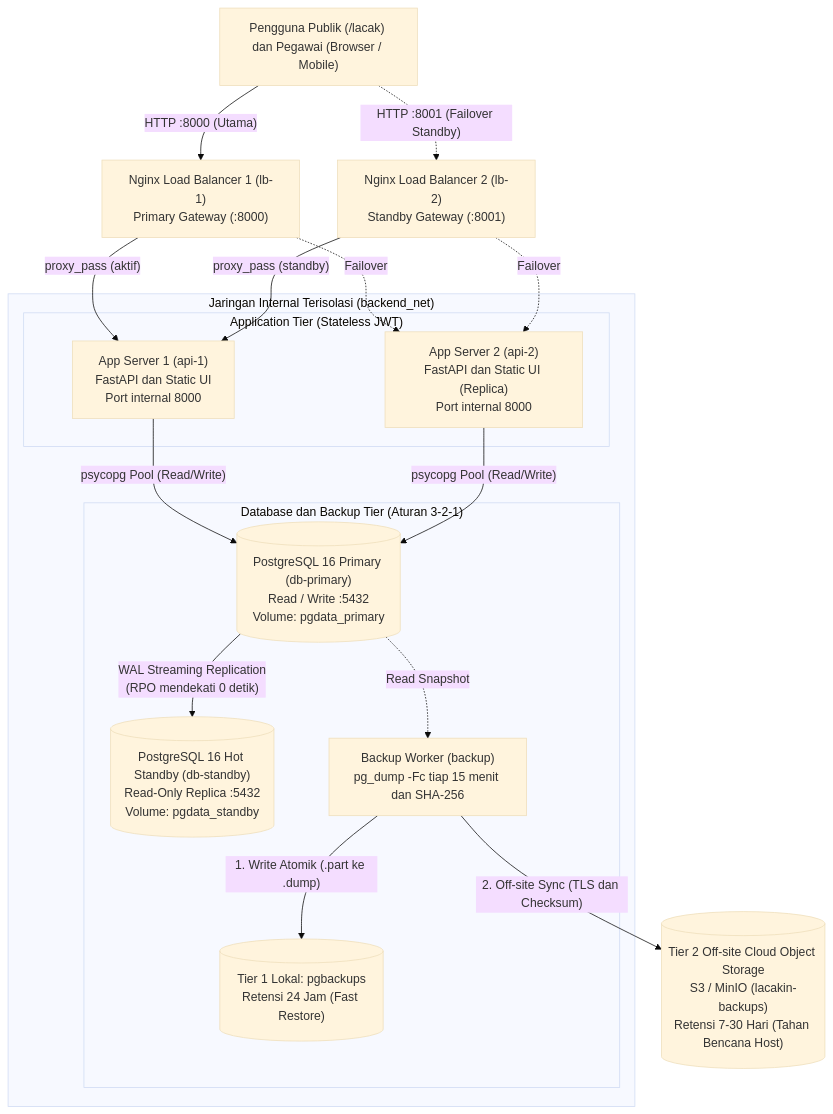
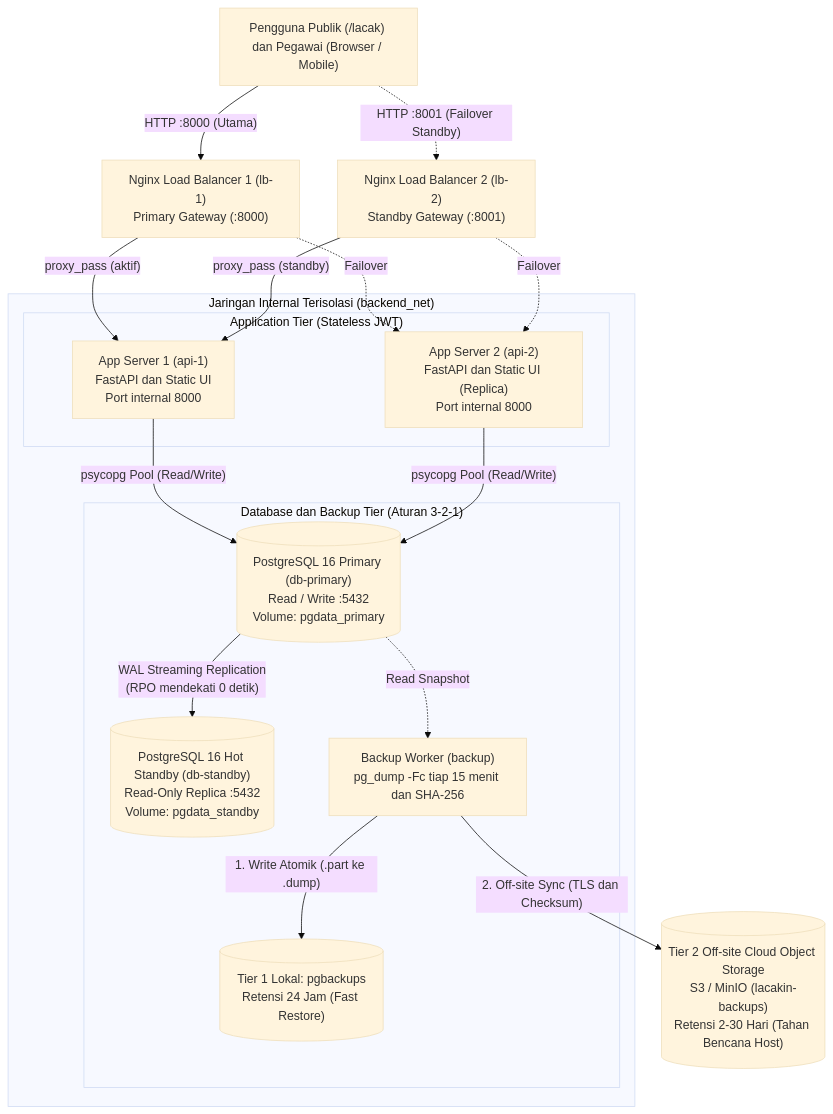
Before and after one commit to ammararifin298-uinsa/Cloud-Computing: the first of 2 diagrams in docs/PERTEMUAN-1-ARSITEKTUR-DAN-DRP.md, drawn with Mermaid (base theme). The commit also changed other lines of this file and 7 other files, not shown here.

````diff
--- a/docs/PERTEMUAN-1-ARSITEKTUR-DAN-DRP.md
+++ b/docs/PERTEMUAN-1-ARSITEKTUR-DAN-DRP.md
@@ -43,33 +43,33 @@
 ```mermaid
 flowchart TB
     Client["Pengguna Publik (/lacak) dan Pegawai (Browser / Mobile)"] -->|"HTTP :8000 (Utama)"| LB1["Nginx Load Balancer 1 (lb-1)\nPrimary Gateway (:8000)"]
     Client -.->|"HTTP :8001 (Failover Standby)"| LB2["Nginx Load Balancer 2 (lb-2)\nStandby Gateway (:8001)"]
 
     subgraph BackendNet["Jaringan Internal Terisolasi (backend_net)"]
         subgraph AppTier["Application Tier (Stateless JWT)"]
             API1["App Server 1 (api-1)\nFastAPI dan Static UI\nPort internal 8000"]
             API2["App Server 2 (api-2)\nFastAPI dan Static UI (Replica)\nPort internal 8000"]
         end
 
         subgraph DataTier["Database dan Backup Tier (Aturan 3-2-1)"]
             DB1[("PostgreSQL 16 Primary (db-primary)\nRead / Write :5432\nVolume: pgdata_primary")]
             DB2[("PostgreSQL 16 Hot Standby (db-standby)\nRead-Only Replica :5432\nVolume: pgdata_standby")]
             Backup["Backup Worker (backup)\npg_dump -Fc tiap 15 menit dan SHA-256"]
             Vol[("Tier 1 Lokal: pgbackups\nRetensi 24 Jam (Fast Restore)")]
         end
     end
 
-    CloudS3[("Tier 2 Off-site Cloud Object Storage\nS3 / MinIO (lacakin-backups)\nRetensi 7-30 Hari (Tahan Bencana Host)")]
+    CloudS3[("Tier 2 Off-site Cloud Object Storage\nS3 / MinIO (lacakin-backups)\nRetensi 2-30 Hari (Tahan Bencana Host)")]
 
     LB1 -->|"proxy_pass (aktif)"| API1
     LB1 -.->|"Failover"| API2
     LB2 -->|"proxy_pass (standby)"| API1
     LB2 -.->|"Failover"| API2
 
     API1 -->|"psycopg Pool (Read/Write)"| DB1
     API2 -->|"psycopg Pool (Read/Write)"| DB1
     DB1 -->|"WAL Streaming Replication\n(RPO mendekati 0 detik)"| DB2
     DB1 -.->|"Read Snapshot"| Backup
     Backup -->|"1. Write Atomik (.part ke .dump)"| Vol
     Backup -->|"2. Off-site Sync (TLS dan Checksum)"| CloudS3
 ```
````
